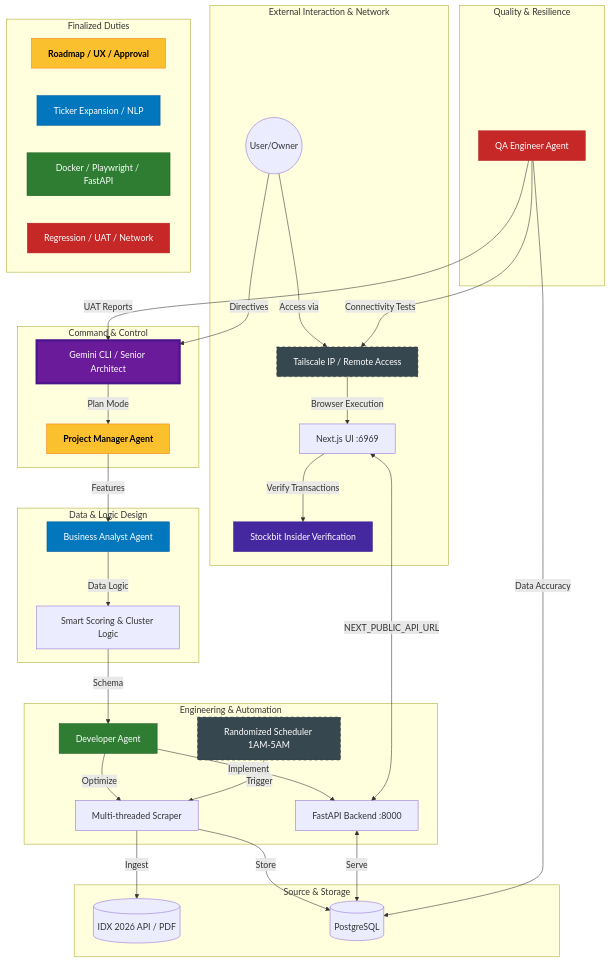
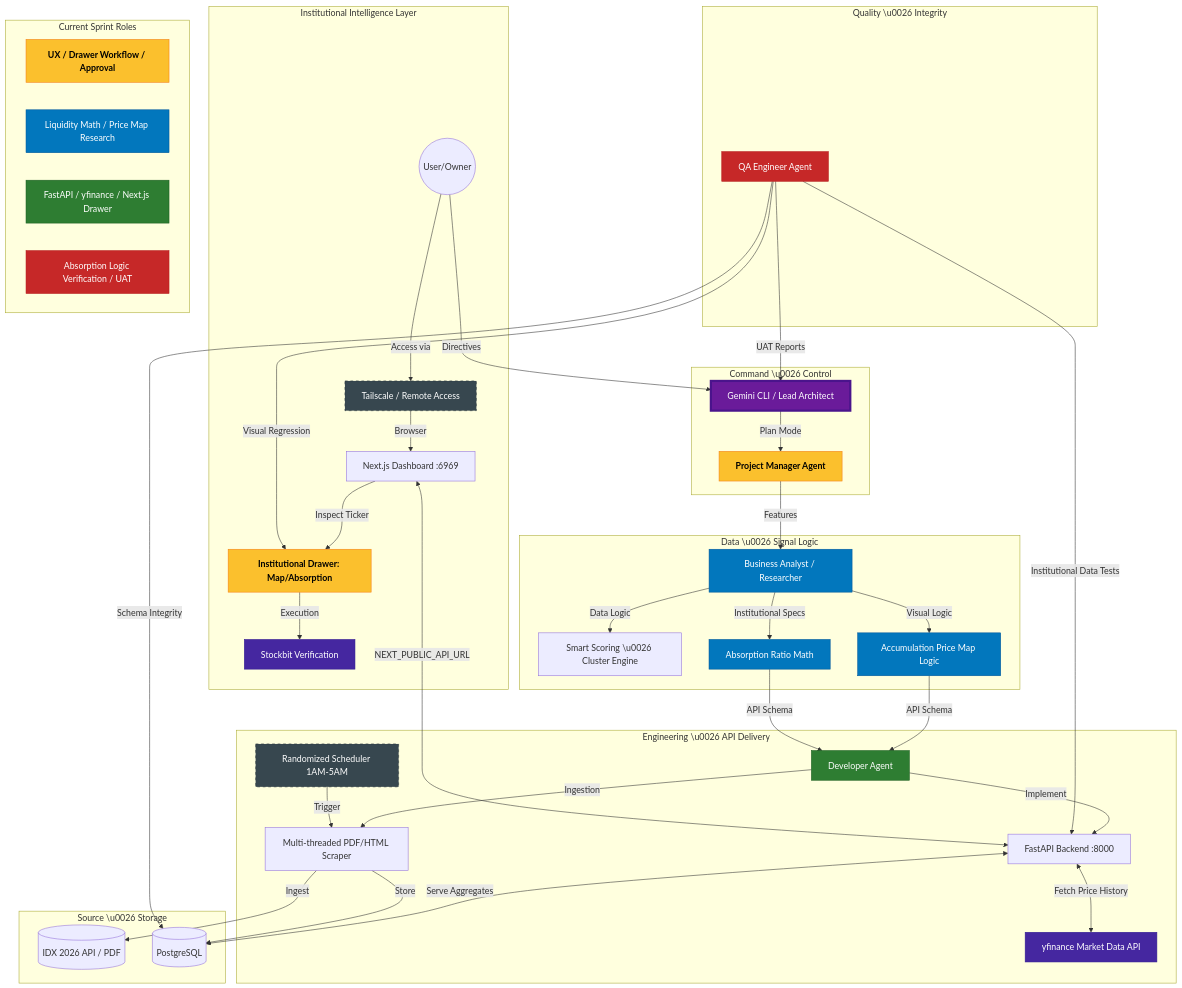
The diagram in docs/AGENT_ORCHESTRATION.mermaid (sckirl/IdxInsider), drawn with Mermaid before and after one commit. The commit also changed 7 other files, not shown here.

Commit message:
feat: implement Institutional Intelligence Engine with Insider Accumulation Map and Absorption Ratio

```diff
--- a/docs/AGENT_ORCHESTRATION.mermaid
+++ b/docs/AGENT_ORCHESTRATION.mermaid
@@ -1,77 +1,90 @@
 graph TD
     %% Global Styles
     classDef supervisor fill:#6a1b9a,stroke:#4a148c,color:#fff,stroke-width:4px;
     classDef pm fill:#fbc02d,stroke:#f57f17,color:#000,font-weight:bold;
     classDef ba fill:#0277bd,stroke:#01579b,color:#fff;
     classDef dev fill:#2e7d32,stroke:#1b5e20,color:#fff;
     classDef qa fill:#c62828,stroke:#b71c1c,color:#fff;
     classDef infrastructure fill:#37474f,stroke:#263238,color:#fff,stroke-dasharray: 5 5;
     classDef external fill:#4527a0,stroke:#311b92,color:#fff;
 
-    subgraph User_Interface [External Interaction & Network]
+    subgraph User_Interface [Institutional Intelligence Layer]
         User((User/Owner))
-        Tailscale[Tailscale IP / Remote Access]:::infrastructure
-        ProdURL[Next.js UI :6969]
-        Stockbit[Stockbit Insider Verification]:::external
+        Tailscale[Tailscale / Remote Access]:::infrastructure
+        ProdURL[Next.js Dashboard :6969]
+        TickerDrawer[Institutional Drawer: Map/Absorption]:::pm
+        Stockbit[Stockbit Verification]:::external
     end
 
-    subgraph Control_Plane [Command & Control]
-        Supervisor[Gemini CLI / Senior Architect]:::supervisor
+    subgraph Control_Plane [Command \u0026 Control]
+        Supervisor[Gemini CLI / Lead Architect]:::supervisor
         PM[Project Manager Agent]:::pm
     end
 
-    subgraph Intelligence_Layer [Data & Logic Design]
-        BA[Business Analyst Agent]:::ba
-        Scoring[Smart Scoring & Cluster Logic]
+    subgraph Intelligence_Layer [Data \u0026 Signal Logic]
+        BA[Business Analyst / Researcher]:::ba
+        Scoring[Smart Scoring \u0026 Cluster Engine]
+        AbsRatio[Absorption Ratio Math]:::ba
+        PriceMap[Accumulation Price Map Logic]:::ba
     end
 
-    subgraph Execution_Core [Engineering & Automation]
+    subgraph Execution_Core [Engineering \u0026 API Delivery]
         DEV[Developer Agent]:::dev
         API[FastAPI Backend :8000]
-        Scraper[Multi-threaded Scraper]
+        Scraper[Multi-threaded PDF/HTML Scraper]
+        YFinance[yfinance Market Data API]:::external
         Scheduler[Randomized Scheduler 1AM-5AM]:::infrastructure
     end
 
-    subgraph Data_Layer [Source & Storage]
+    subgraph Data_Layer [Source \u0026 Storage]
         IDX_API[(IDX 2026 API / PDF)]
         DB[(PostgreSQL)]
     end
 
-    subgraph Validation_Layer [Quality & Resilience]
+    subgraph Validation_Layer [Quality \u0026 Integrity]
         QA[QA Engineer Agent]:::qa
     end
 
     %% Workflow Flow
     User -->|Access via| Tailscale
-    Tailscale -->|Browser Execution| ProdURL
-    ProdURL -->|Verify Transactions| Stockbit
+    Tailscale -->|Browser| ProdURL
+    ProdURL -->|Inspect Ticker| TickerDrawer
+    TickerDrawer -->|Execution| Stockbit
     
     User -->|Directives| Supervisor
     Supervisor -->|Plan Mode| PM
     PM -->|Features| BA
     BA -->|Data Logic| Scoring
-    Scoring -->|Schema| DEV
+    BA -->|Institutional Specs| AbsRatio
+    BA -->|Visual Logic| PriceMap
+    
+    PriceMap -->|API Schema| DEV
+    AbsRatio -->|API Schema| DEV
+    
     DEV -->|Implement| API
-    DEV -->|Optimize| Scraper
+    DEV -->|Ingestion| Scraper
+    
+    API <-->|Fetch Price History| YFinance
+    API <-->|Serve Aggregates| DB
     Scraper -->|Ingest| IDX_API
     Scraper -->|Store| DB
-    API <-->|Serve| DB
     
     Scheduler -->|Trigger| Scraper
     
     %% QA Loop
-    QA -->|Connectivity Tests| Tailscale
-    QA -->|Data Accuracy| DB
+    QA -->|Institutional Data Tests| API
+    QA -->|Visual Regression| TickerDrawer
+    QA -->|Schema Integrity| DB
     QA -->|UAT Reports| Supervisor
 
     %% Connectivity
     ProdURL <-->|NEXT_PUBLIC_API_URL| API
 
     %% Agent Duties
-    subgraph Agent_Specialization [Finalized Duties]
+    subgraph Agent_Specialization [Current Sprint Roles]
         direction LR
-        PM_D[Roadmap / UX / Approval]:::pm
-        BA_D[Ticker Expansion / NLP]:::ba
-        DEV_D[Docker / Playwright / FastAPI]:::dev
-        QA_D[Regression / UAT / Network]:::qa
+        PM_D[UX / Drawer Workflow / Approval]:::pm
+        BA_D[Liquidity Math / Price Map Research]:::ba
+        DEV_D[FastAPI / yfinance / Next.js Drawer]:::dev
+        QA_D[Absorption Logic Verification / UAT]:::qa
     end
```
